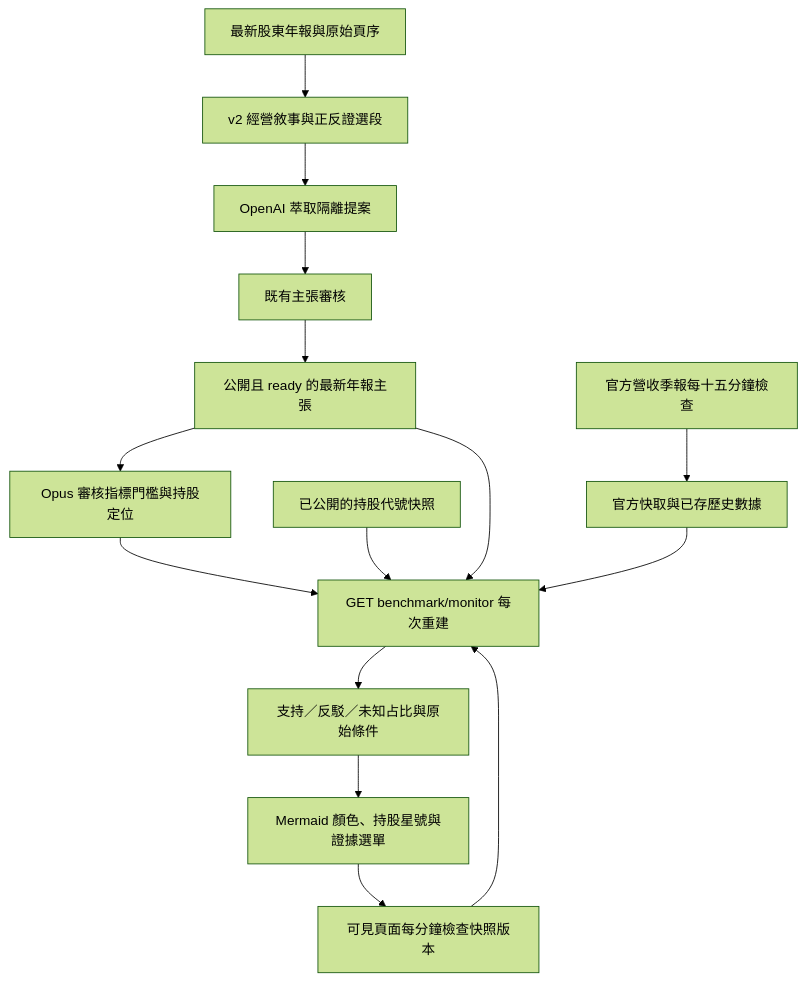
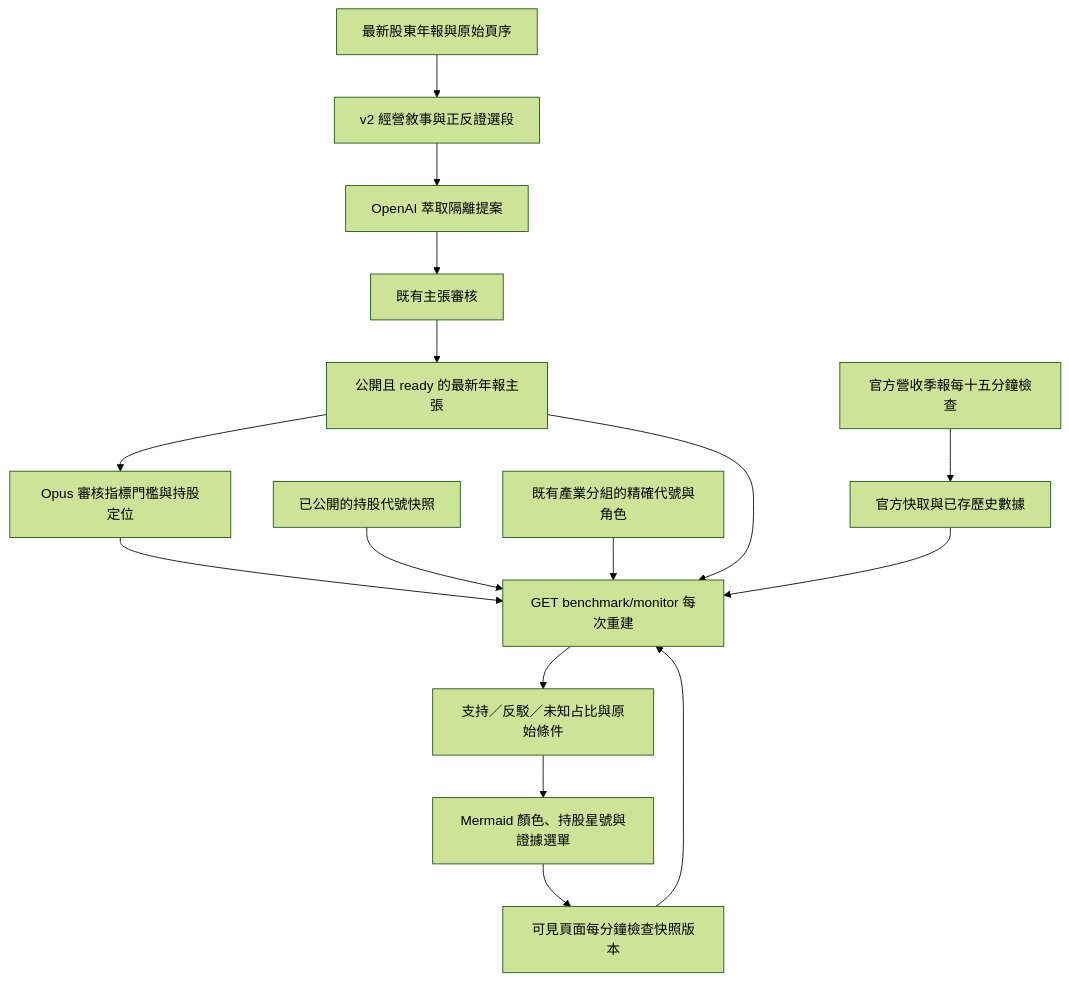
One commit to Vinskao/maya-sawa changed the diagram in docs/BENCHMARK_MONITOR.md. Above: the diagram before and after it, drawn with Mermaid (forest theme). The commit also changed other lines of this file and 5 other files, not shown here.

````diff
--- a/docs/BENCHMARK_MONITOR.md
+++ b/docs/BENCHMARK_MONITOR.md
@@ -33,17 +33,18 @@
 ```mermaid
 flowchart TD
   PDF[最新股東年報與原始頁序] --> Select[v2 經營敘事與正反證選段]
   Select --> Proposal[OpenAI 萃取隔離提案]
   Proposal --> Review[既有主張審核]
   Review --> Claims[公開且 ready 的最新年報主張]
   Claims --> Rules[Opus 審核指標門檻與持股定位]
   Portfolio[已公開的持股代號快照] --> Live[GET benchmark/monitor 每次重建]
+  Groups[既有產業分組的精確代號與角色] --> Live
   Rules --> Live
   Feeds[官方營收季報每十五分鐘檢查] --> Cache[官方快取與已存歷史數據]
   Cache --> Live
   Claims --> Live
   Live --> Score[支持／反駁／未知占比與原始條件]
   Score --> UI[Mermaid 顏色、持股星號與證據選單]
   UI --> Poll[可見頁面每分鐘檢查快照版本]
   Poll --> Live
 ```
````
